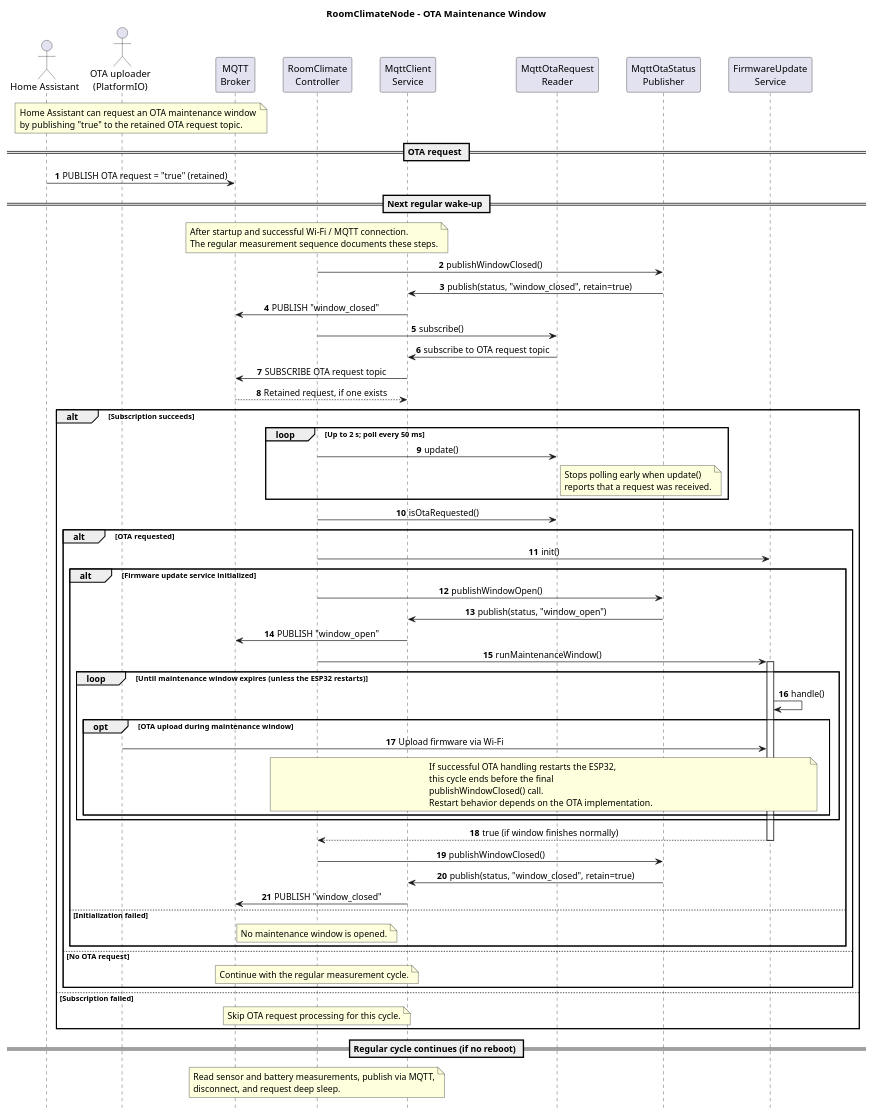
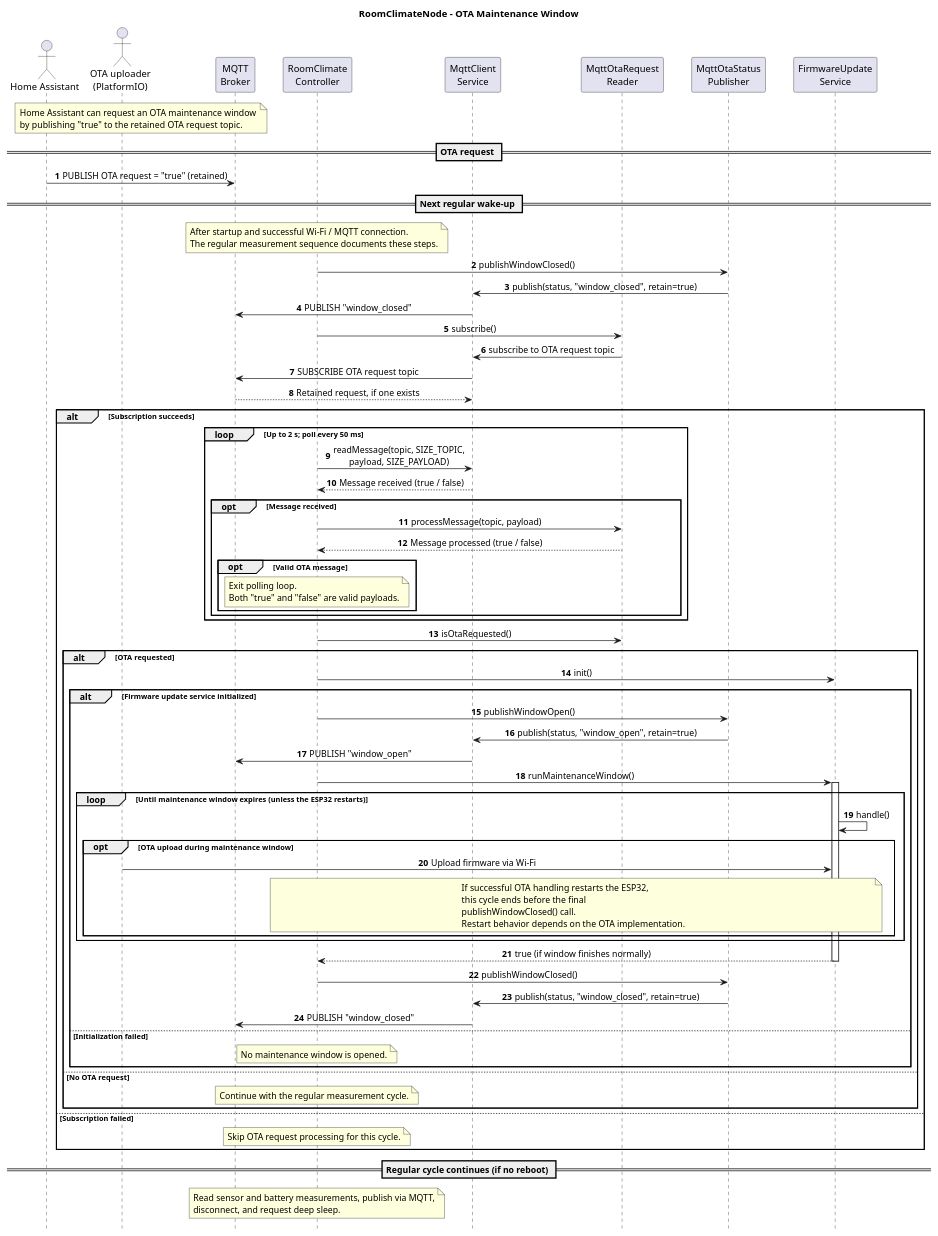
Before and after one commit to KennethK88/RoomClimateNode: the diagram in docs/OtaSequenceDiagram.puml, drawn with PlantUML.

Commit message:
docs: update OtaSequenceDiagram.

```diff
--- a/docs/OtaSequenceDiagram.puml
+++ b/docs/OtaSequenceDiagram.puml
@@ -1,107 +1,116 @@
 @startuml
 
 title RoomClimateNode - OTA Maintenance Window
 
 hide footbox
 autonumber
 skinparam sequenceMessageAlign center
 skinparam ParticipantPadding 16
 
 actor "Home Assistant" as HA
 actor "OTA uploader\n(PlatformIO)" as Uploader
 participant "MQTT\nBroker" as Broker
 participant "RoomClimate\nController" as Controller
 participant "MqttClient\nService" as MQTT
 participant "MqttOtaRequest\nReader" as RequestReader
 participant "MqttOtaStatus\nPublisher" as StatusPublisher
 participant "FirmwareUpdate\nService" as FirmwareService
 
 note over HA, Broker
   Home Assistant can request an OTA maintenance window
   by publishing "true" to the retained OTA request topic.
 end note
 
 == OTA request ==
 HA -> Broker: PUBLISH OTA request = "true" (retained)
 
 == Next regular wake-up ==
 note over Controller
   After startup and successful Wi-Fi / MQTT connection.
   The regular measurement sequence documents these steps.
 end note
 
 Controller -> StatusPublisher: publishWindowClosed()
 StatusPublisher -> MQTT: publish(status, "window_closed", retain=true)
 MQTT -> Broker: PUBLISH "window_closed"
 
 Controller -> RequestReader: subscribe()
 RequestReader -> MQTT: subscribe to OTA request topic
 MQTT -> Broker: SUBSCRIBE OTA request topic
 Broker --> MQTT: Retained request, if one exists
 
 alt Subscription succeeds
   loop Up to 2 s; poll every 50 ms
-    Controller -> RequestReader: update()
-    note right of RequestReader
-      Stops polling early when update()
-      reports that a request was received.
-    end note
-  end
+    Controller -> MQTT: readMessage(topic, SIZE_TOPIC,\npayload, SIZE_PAYLOAD)
+    MQTT --> Controller: Message received (true / false)
+
+    opt Message received
+        Controller -> RequestReader: processMessage(topic, payload)
+        RequestReader --> Controller: Message processed (true / false)
+
+        opt Valid OTA message
+            note over Controller
+                Exit polling loop.
+                Both "true" and "false" are valid payloads.
+            end note
+        end
+    end
+end
 
   Controller -> RequestReader: isOtaRequested()
 
   alt OTA requested
     Controller -> FirmwareService: init()
 
     alt Firmware update service initialized
       Controller -> StatusPublisher: publishWindowOpen()
-      StatusPublisher -> MQTT: publish(status, "window_open")
+      StatusPublisher -> MQTT: publish(status, "window_open", retain=true)
       MQTT -> Broker: PUBLISH "window_open"
 
       Controller -> FirmwareService: runMaintenanceWindow()
       activate FirmwareService
 
       loop Until maintenance window expires (unless the ESP32 restarts)
         FirmwareService -> FirmwareService: handle()
         opt OTA upload during maintenance window
           Uploader -> FirmwareService: Upload firmware via Wi-Fi
           note over FirmwareService, Controller
             If successful OTA handling restarts the ESP32,
             this cycle ends before the final
             publishWindowClosed() call.
             Restart behavior depends on the OTA implementation.
           end note
         end
       end
 
       FirmwareService --> Controller: true (if window finishes normally)
       deactivate FirmwareService
       Controller -> StatusPublisher: publishWindowClosed()
       StatusPublisher -> MQTT: publish(status, "window_closed", retain=true)
       MQTT -> Broker: PUBLISH "window_closed"
 
     else Initialization failed
       note over Controller
         No maintenance window is opened.
       end note
     end
 
   else No OTA request
     note over Controller
       Continue with the regular measurement cycle.
     end note
   end
 
 else Subscription failed
   note over Controller
     Skip OTA request processing for this cycle.
   end note
 end
 
 == Regular cycle continues (if no reboot) ==
 note over Controller
   Read sensor and battery measurements, publish via MQTT,
   disconnect, and request deep sleep.
 end note
 
 @enduml
```
